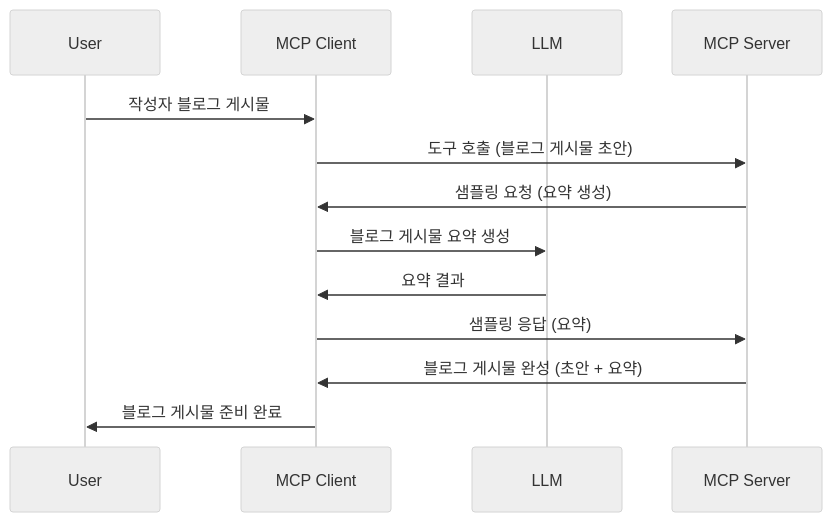
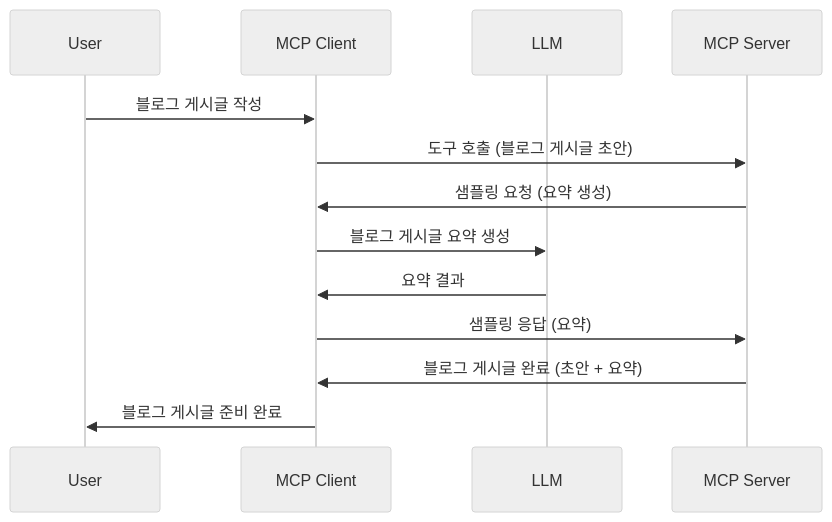
Before and after one commit to HIDORAKAI002/ai-workspace-archive: the diagram in mcp_ecosystem__model_context_protocol/mcp_learning_resources/mcp-for-beginners/translations/ko/03-GettingStarted/14-sampling/README.md, drawn with Mermaid (neutral theme). The commit also changed other lines of this file and 1160 other files, not shown here.

````diff
--- a/mcp_ecosystem__model_context_protocol/mcp_learning_resources/mcp-for-beginners/translations/ko/03-GettingStarted/14-sampling/README.md
+++ b/mcp_ecosystem__model_context_protocol/mcp_learning_resources/mcp-for-beginners/translations/ko/03-GettingStarted/14-sampling/README.md
@@ -23,16 +23,16 @@
 ```mermaid
 sequenceDiagram
     participant User
     participant MCP Client
     participant LLM
     participant MCP Server
 
-    User->>MCP Client: 작성자 블로그 게시물
-    MCP Client->>MCP Server: 도구 호출 (블로그 게시물 초안)
+    User->>MCP Client: 블로그 게시글 작성
+    MCP Client->>MCP Server: 도구 호출 (블로그 게시글 초안)
     MCP Server->>MCP Client: 샘플링 요청 (요약 생성)
-    MCP Client->>LLM: 블로그 게시물 요약 생성
+    MCP Client->>LLM: 블로그 게시글 요약 생성
     LLM->>MCP Client: 요약 결과
     MCP Client->>MCP Server: 샘플링 응답 (요약)
-    MCP Server->>MCP Client: 블로그 게시물 완성 (초안 + 요약)
-    MCP Client->>User: 블로그 게시물 준비 완료
+    MCP Server->>MCP Client: 블로그 게시글 완료 (초안 + 요약)
+    MCP Client->>User: 블로그 게시글 준비 완료
 ```
````
